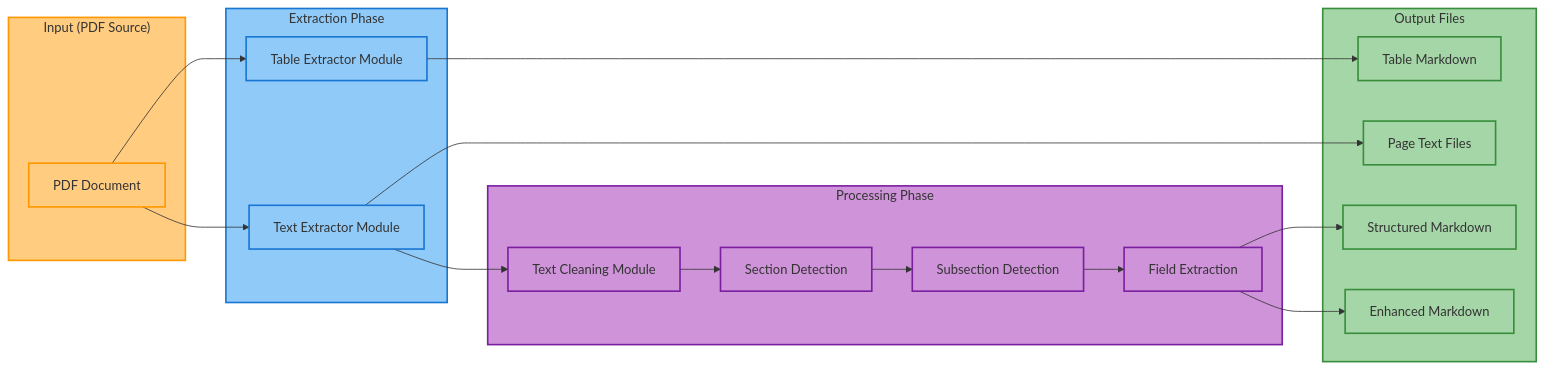
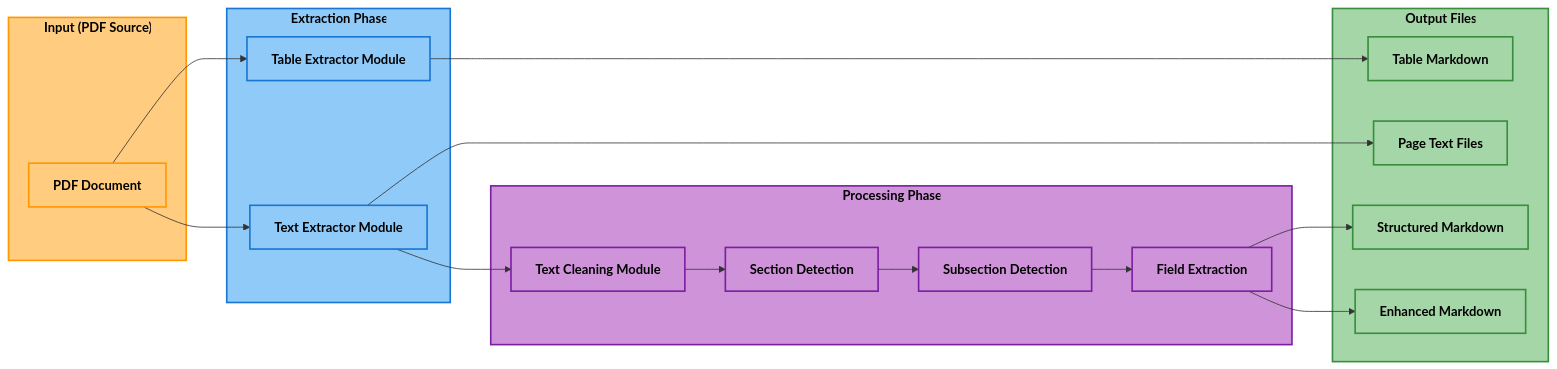
One commit to SoundMindsAI/pdf-handling changed the second of 3 diagrams in README.md. Above: the diagram before and after it, drawn with Mermaid. The commit also changed other lines of this file, not shown here.

Commit message:
Improve text contrast in diagrams by making text bold and dark
- Added bold, dark text to all diagram nodes for better contrast against bright backgrounds
- Used both color styles and explicit font styling to ensure text is clearly visible
- Used consistent styling across all three workflow diagrams

````diff
--- a/README.md
+++ b/README.md
@@ -100,51 +100,51 @@
 ```mermaid
 flowchart LR
     subgraph Input["Input (PDF Source)"]
-        style Input fill:#ffcc80,stroke:#ff9800,stroke-width:2px
-        PDF[PDF Document]
-        style PDF fill:#ffcc80,stroke:#ff9800,stroke-width:2px
+        style Input fill:#ffcc80,stroke:#ff9800,stroke-width:2px,color:#000000,font-weight:bold
+        PDF[<font color="black">PDF Document</font>]
+        style PDF fill:#ffcc80,stroke:#ff9800,stroke-width:2px,color:#000000,font-weight:bold
     end
     
     subgraph Extraction["Extraction Phase"]
-        style Extraction fill:#90caf9,stroke:#1976d2,stroke-width:2px
-        TextExtractor[Text Extractor Module]
-        TableExtractor[Table Extractor Module]
-        style TextExtractor fill:#90caf9,stroke:#1976d2,stroke-width:2px
-        style TableExtractor fill:#90caf9,stroke:#1976d2,stroke-width:2px
+        style Extraction fill:#90caf9,stroke:#1976d2,stroke-width:2px,color:#000000,font-weight:bold
+        TextExtractor[<font color="black">Text Extractor Module</font>]
+        TableExtractor[<font color="black">Table Extractor Module</font>]
+        style TextExtractor fill:#90caf9,stroke:#1976d2,stroke-width:2px,color:#000000,font-weight:bold
+        style TableExtractor fill:#90caf9,stroke:#1976d2,stroke-width:2px,color:#000000,font-weight:bold
     end
     
     subgraph Processing["Processing Phase"]
-        style Processing fill:#ce93d8,stroke:#7b1fa2,stroke-width:2px
-        Cleaning[Text Cleaning Module]
-        SectionDetection[Section Detection]
-        SubsectionDetection[Subsection Detection]
-        FieldExtraction[Field Extraction]
-        style Cleaning fill:#ce93d8,stroke:#7b1fa2,stroke-width:2px
-        style SectionDetection fill:#ce93d8,stroke:#7b1fa2,stroke-width:2px
-        style SubsectionDetection fill:#ce93d8,stroke:#7b1fa2,stroke-width:2px
-        style FieldExtraction fill:#ce93d8,stroke:#7b1fa2,stroke-width:2px
+        style Processing fill:#ce93d8,stroke:#7b1fa2,stroke-width:2px,color:#000000,font-weight:bold
+        Cleaning[<font color="black">Text Cleaning Module</font>]
+        SectionDetection[<font color="black">Section Detection</font>]
+        SubsectionDetection[<font color="black">Subsection Detection</font>]
+        FieldExtraction[<font color="black">Field Extraction</font>]
+        style Cleaning fill:#ce93d8,stroke:#7b1fa2,stroke-width:2px,color:#000000,font-weight:bold
+        style SectionDetection fill:#ce93d8,stroke:#7b1fa2,stroke-width:2px,color:#000000,font-weight:bold
+        style SubsectionDetection fill:#ce93d8,stroke:#7b1fa2,stroke-width:2px,color:#000000,font-weight:bold
+        style FieldExtraction fill:#ce93d8,stroke:#7b1fa2,stroke-width:2px,color:#000000,font-weight:bold
     end
     
     subgraph Output["Output Files"]
-        style Output fill:#a5d6a7,stroke:#388e3c,stroke-width:2px
-        TablesMD[Table Markdown]
-        PageText[Page Text Files]
-        StructuredMD[Structured Markdown]
-        EnhancedMD[Enhanced Markdown]
-        style TablesMD fill:#a5d6a7,stroke:#388e3c,stroke-width:2px
-        style PageText fill:#a5d6a7,stroke:#388e3c,stroke-width:2px
-        style StructuredMD fill:#a5d6a7,stroke:#388e3c,stroke-width:2px
-        style EnhancedMD fill:#a5d6a7,stroke:#388e3c,stroke-width:2px
+        style Output fill:#a5d6a7,stroke:#388e3c,stroke-width:2px,color:#000000,font-weight:bold
+        TablesMD[<font color="black">Table Markdown</font>]
+        PageText[<font color="black">Page Text Files</font>]
+        StructuredMD[<font color="black">Structured Markdown</font>]
+        EnhancedMD[<font color="black">Enhanced Markdown</font>]
+        style TablesMD fill:#a5d6a7,stroke:#388e3c,stroke-width:2px,color:#000000,font-weight:bold
+        style PageText fill:#a5d6a7,stroke:#388e3c,stroke-width:2px,color:#000000,font-weight:bold
+        style StructuredMD fill:#a5d6a7,stroke:#388e3c,stroke-width:2px,color:#000000,font-weight:bold
+        style EnhancedMD fill:#a5d6a7,stroke:#388e3c,stroke-width:2px,color:#000000,font-weight:bold
     end
     
     PDF --> TextExtractor
     PDF --> TableExtractor
     TableExtractor --> TablesMD
     TextExtractor --> PageText
     TextExtractor --> Cleaning
     Cleaning --> SectionDetection
     SectionDetection --> SubsectionDetection
     SubsectionDetection --> FieldExtraction
     FieldExtraction --> StructuredMD
     FieldExtraction --> EnhancedMD
 ```
````
